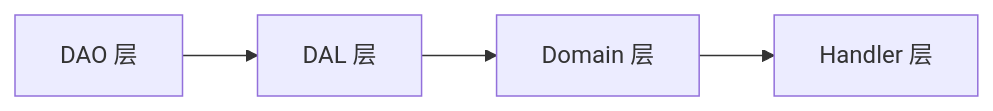
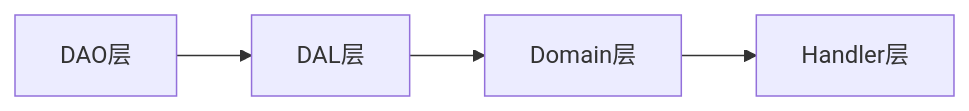
One commit to runningcoders/ai_orz changed the eighth of 8 diagrams in .qoder/repowiki/zh/content/功能模块/用户与组织管理/系统初始化.md. Above: the diagram before and after it, drawn with Mermaid. The commit also changed other lines of this file and 142 other files, not shown here.

````diff
--- a/.qoder/repowiki/zh/content/功能模块/用户与组织管理/系统初始化.md
+++ b/.qoder/repowiki/zh/content/功能模块/用户与组织管理/系统初始化.md
@@ -393,6 +486,6 @@
 ```mermaid
 graph LR
-DAO["DAO 层"] --> DAL["DAL 层"]
-DAL --> DOMAIN["Domain 层"]
-DOMAIN --> HANDLER["Handler 层"]
+DAO["DAO层"] --> DAL["DAL层"]
+DAL --> DOMAIN["Domain层"]
+DOMAIN --> HANDLER["Handler层"]
 ```
````
